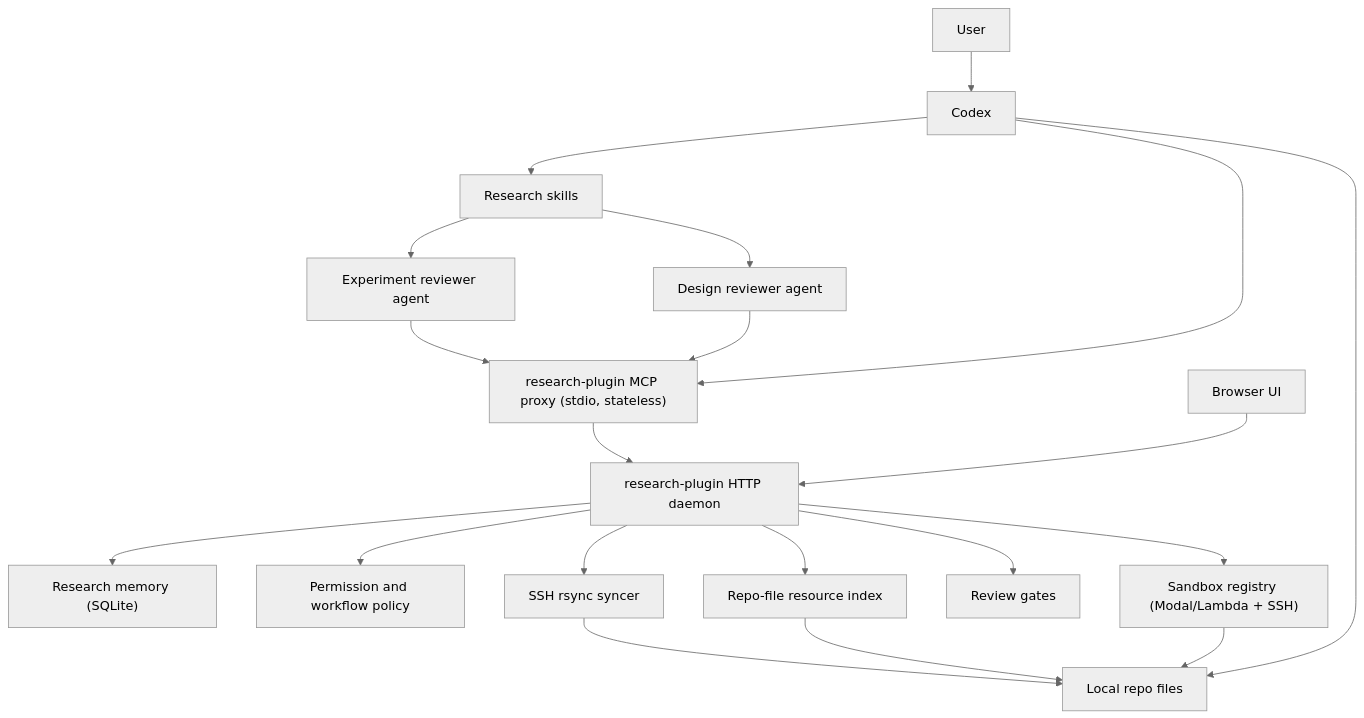
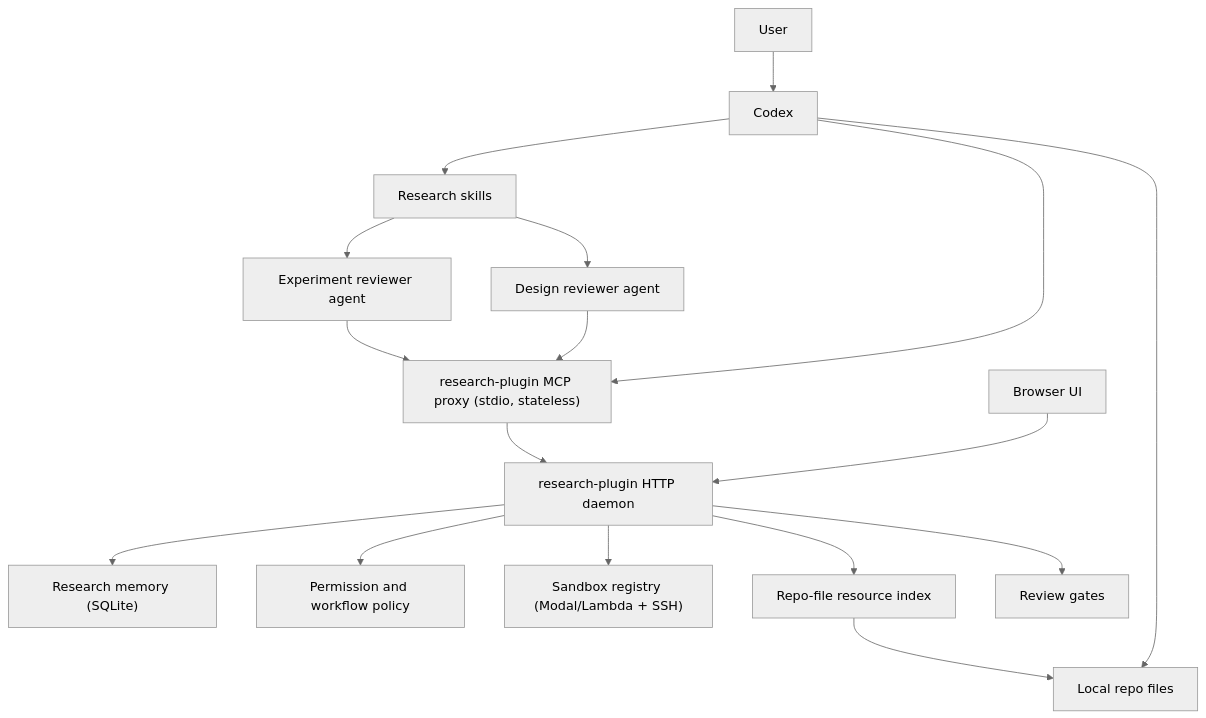
One commit to NGXT-Inc/Merv changed the diagram in research_plugin/docs/ARCHITECTURE.md. Above: the diagram before and after it, drawn with Mermaid (neutral theme). The commit also changed other lines of this file and 10 other files, not shown here.

````diff
--- a/research_plugin/docs/ARCHITECTURE.md
+++ b/research_plugin/docs/ARCHITECTURE.md
@@ -34,25 +34,22 @@
 ```mermaid
 flowchart TD
   User["User"] --> Codex["Codex"]
   Codex --> Skills["Research skills"]
   Codex --> LocalRepo["Local repo files"]
   Codex --> MCPProxy["research-plugin MCP proxy (stdio, stateless)"]
 
   Browser["Browser UI"] --> Daemon["research-plugin HTTP daemon"]
   MCPProxy --> Daemon
 
   Daemon --> Memory["Research memory (SQLite)"]
   Daemon --> Policy["Permission and workflow policy"]
   Daemon --> Jobs["Sandbox registry (Modal/Lambda + SSH)"]
   Daemon --> ResourceIndex["Repo-file resource index"]
   Daemon --> ReviewGates["Review gates"]
-  Daemon --> Sync["SSH rsync syncer"]
 
   Skills --> DesignReviewer["Design reviewer agent"]
   Skills --> ExperimentReviewer["Experiment reviewer agent"]
   DesignReviewer --> MCPProxy
   ExperimentReviewer --> MCPProxy
-  Jobs --> LocalRepo
   ResourceIndex --> LocalRepo
-  Sync --> LocalRepo
 ```
````
